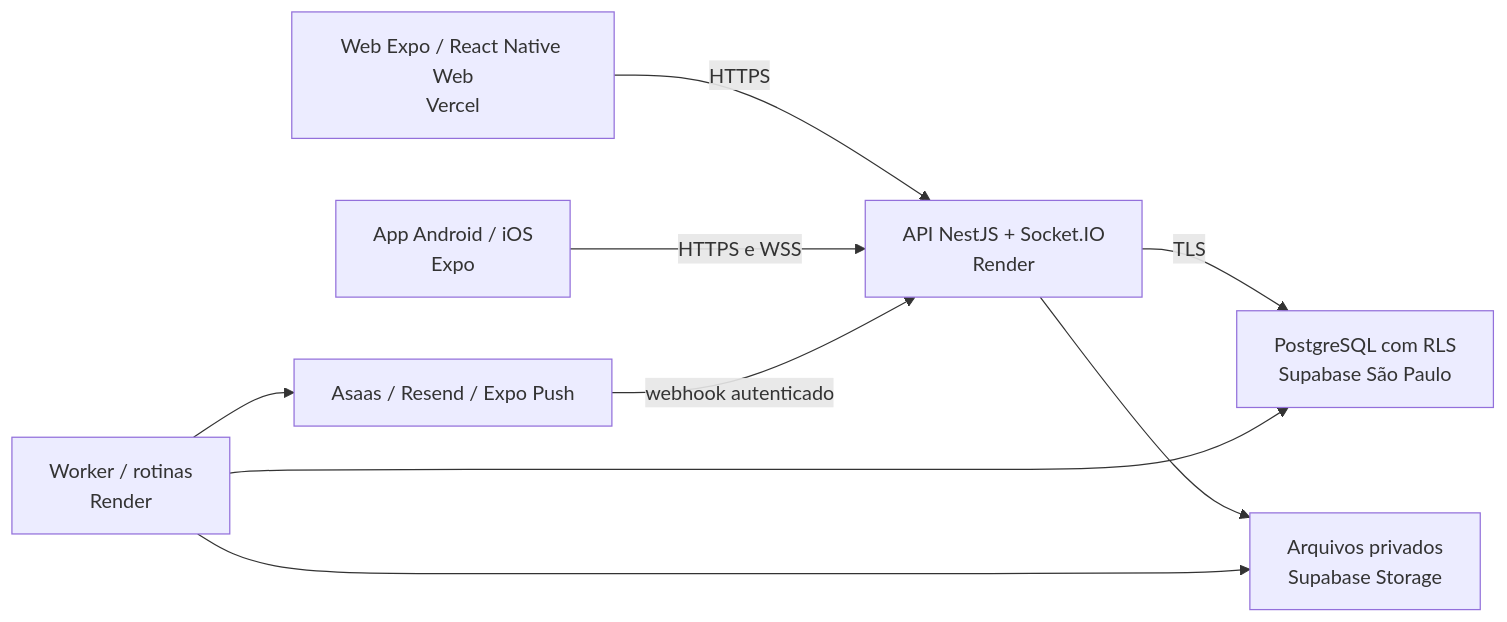
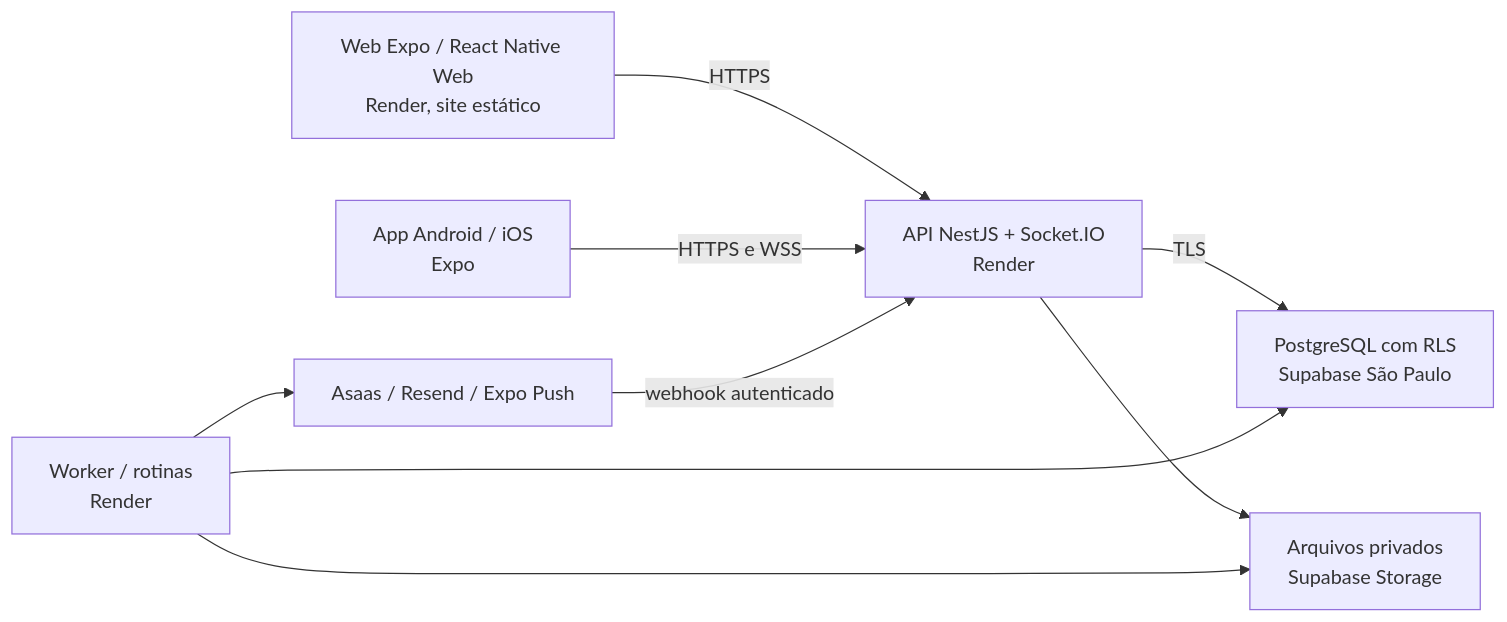
One commit to pedrolems/CondomiFacil changed the first of 2 diagrams in docs/09-infra/infra-e-devops.md. Above: the diagram before and after it, drawn with Mermaid. The commit also changed other lines of this file and 34 other files, not shown here.

````diff
--- a/docs/09-infra/infra-e-devops.md
+++ b/docs/09-infra/infra-e-devops.md
@@ -57,11 +57,11 @@
 ```mermaid
 flowchart LR
-    W["Web Expo / React Native Web<br/>Vercel"] -->|HTTPS| A["API NestJS + Socket.IO<br/>Render"]
+    W["Web Expo / React Native Web<br/>Render, site estático"] -->|HTTPS| A["API NestJS + Socket.IO<br/>Render"]
     M["App Android / iOS<br/>Expo"] -->|HTTPS e WSS| A
     A -->|TLS| B["PostgreSQL com RLS<br/>Supabase São Paulo"]
     A --> O["Arquivos privados<br/>Supabase Storage"]
     J["Worker / rotinas<br/>Render"] --> B
     J --> O
     J --> E["Asaas / Resend / Expo Push"]
     E -->|webhook autenticado| A
 ```
````
